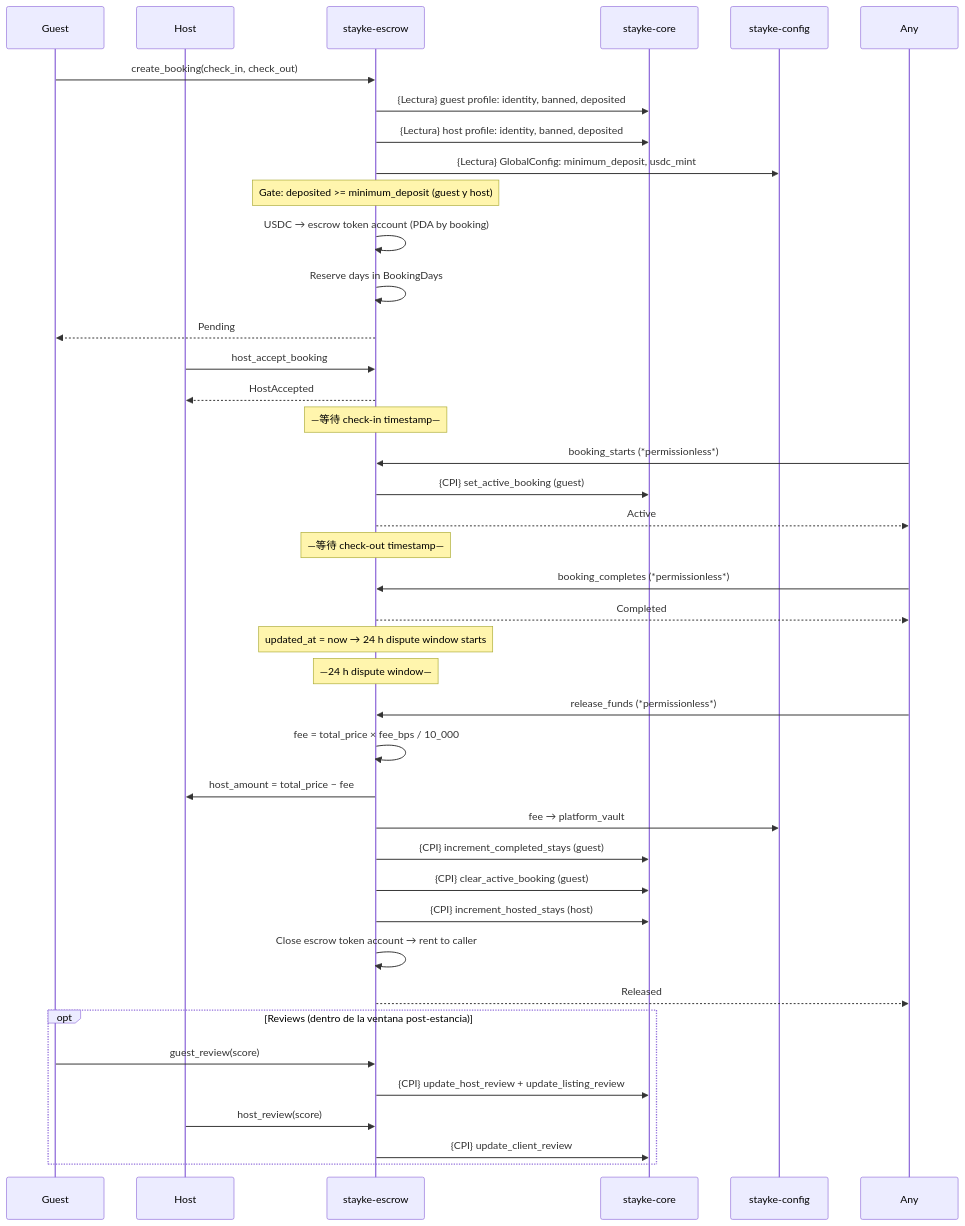
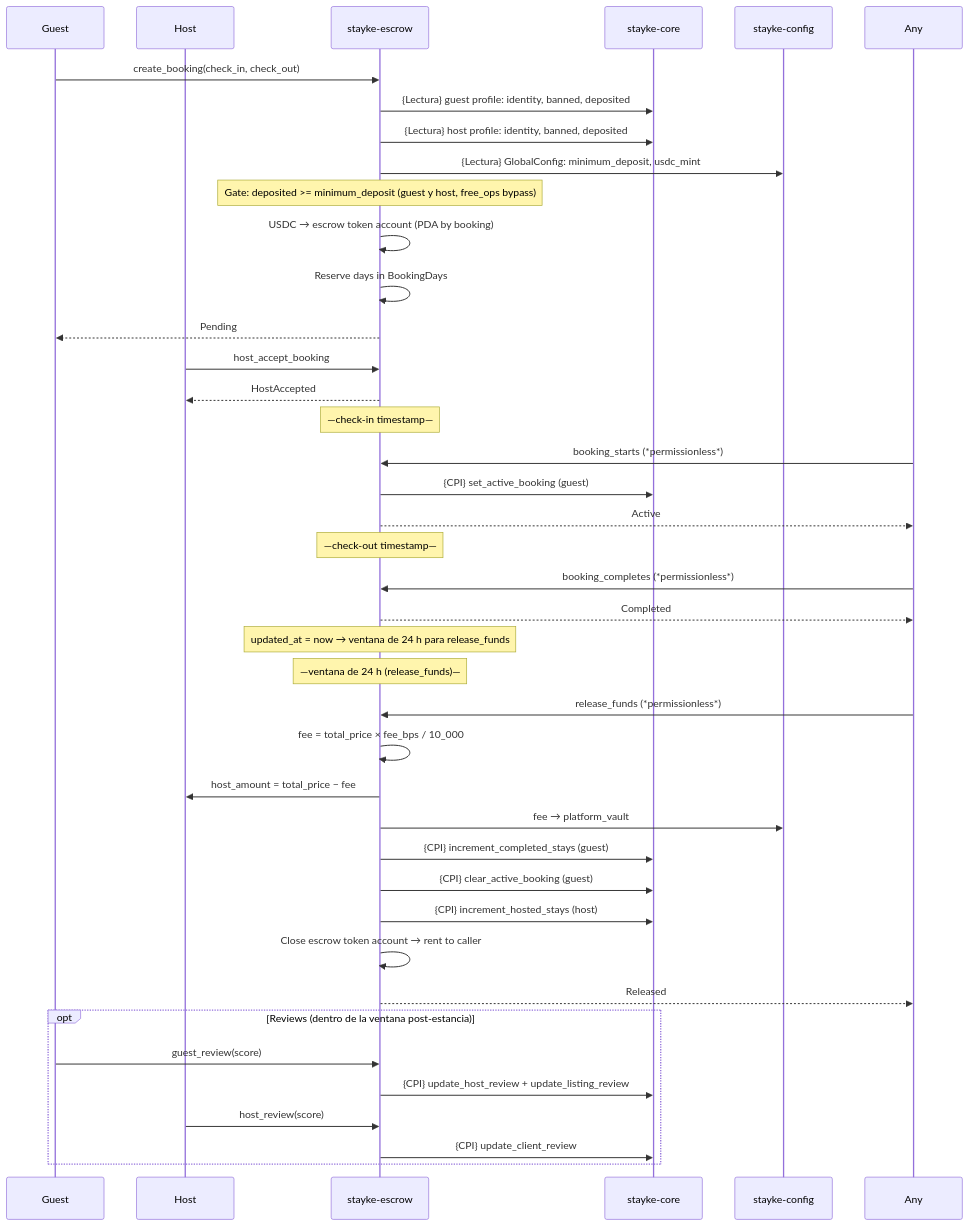
Before and after one commit to GestLabs2-0/stayke-contracts: the third of 8 diagrams in docs/stayke-flow-diagram.md, drawn with Mermaid. The commit also changed other lines of this file and 4 other files, not shown here.

````diff
--- a/docs/stayke-flow-diagram.md
+++ b/docs/stayke-flow-diagram.md
@@ -108,51 +115,51 @@
 ```mermaid
 sequenceDiagram
     participant G as Guest
     participant H as Host
     participant E as stayke-escrow
     participant C as stayke-core
     participant CF as stayke-config
 
     G->>E: create_booking(check_in, check_out)
     E->>C: {Lectura} guest profile: identity, banned, deposited
     E->>C: {Lectura} host profile: identity, banned, deposited
     E->>CF: {Lectura} GlobalConfig: minimum_deposit, usdc_mint
-    Note over E: Gate: deposited >= minimum_deposit (guest y host)
+    Note over E: Gate: deposited >= minimum_deposit (guest y host, free_ops bypass)
     E->>E: USDC → escrow token account (PDA by booking)
     E->>E: Reserve days in BookingDays
     E-->>G: Pending
 
     H->>E: host_accept_booking
     E-->>H: HostAccepted
 
-    Note over E: —等待 check-in timestamp—
+    Note over E: —check-in timestamp—
 
     Any->>E: booking_starts (*permissionless*)
     E->>C: {CPI} set_active_booking (guest)
     E-->>Any: Active
 
-    Note over E: —等待 check-out timestamp—
+    Note over E: —check-out timestamp—
 
     Any->>E: booking_completes (*permissionless*)
     E-->>Any: Completed
-    Note over E: updated_at = now → 24 h dispute window starts
+    Note over E: updated_at = now → ventana de 24 h para release_funds
 
-    Note over E: —24 h dispute window—
+    Note over E: —ventana de 24 h (release_funds)—
 
     Any->>E: release_funds (*permissionless*)
     E->>E: fee = total_price × fee_bps / 10_000
     E->>H: host_amount = total_price − fee
     E->>CF: fee → platform_vault
     E->>C: {CPI} increment_completed_stays (guest)
     E->>C: {CPI} clear_active_booking (guest)
     E->>C: {CPI} increment_hosted_stays (host)
     E->>E: Close escrow token account → rent to caller
     E-->>Any: Released
 
     opt Reviews (dentro de la ventana post-estancia)
         G->>E: guest_review(score)
         E->>C: {CPI} update_host_review + update_listing_review
         H->>E: host_review(score)
         E->>C: {CPI} update_client_review
     end
 ```
````
